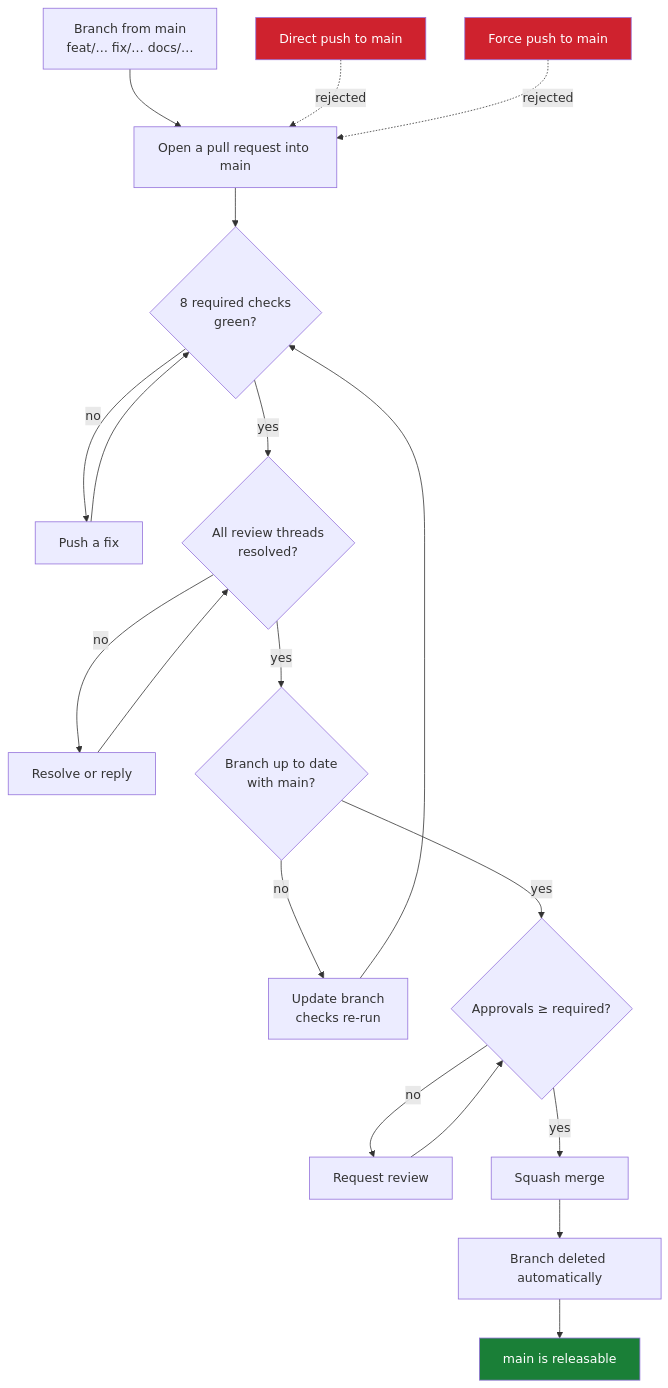
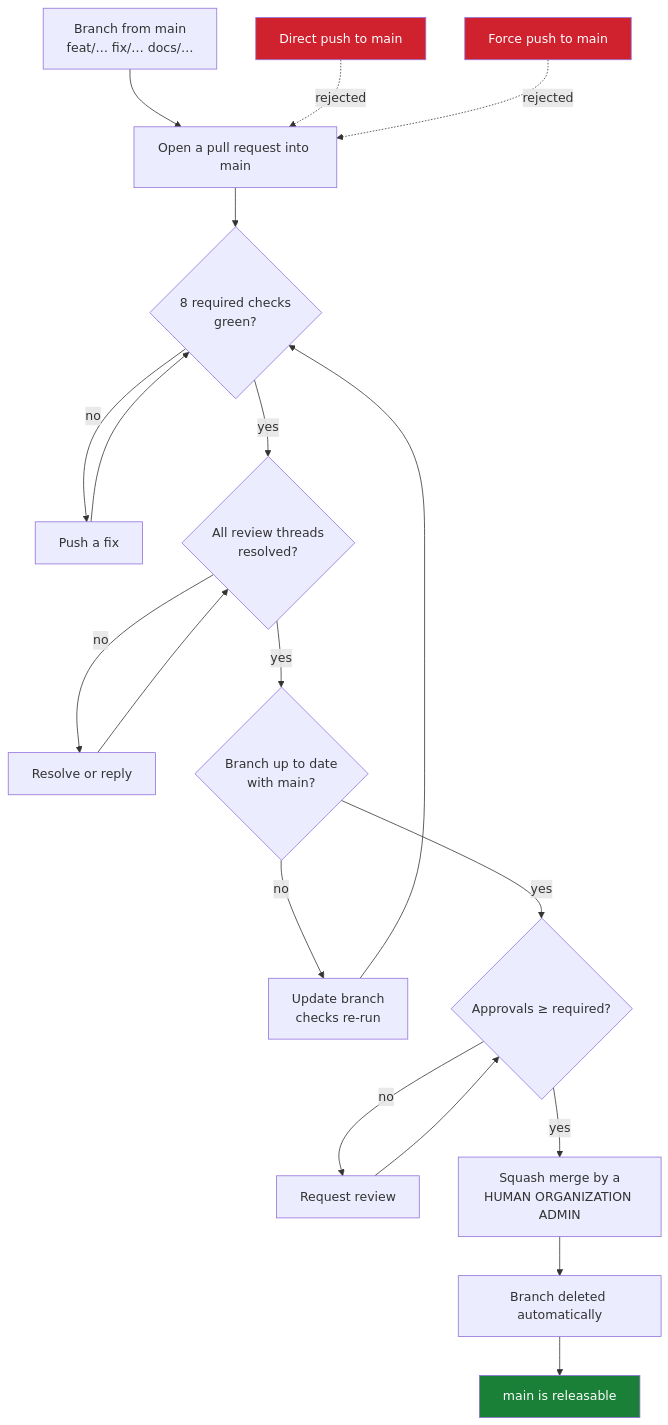
The diagram in docs/REPOSITORY_GOVERNANCE.md (Trustvian/trustvian), drawn with Mermaid before and after one commit. The commit also changed other lines of this file and 4 other files, not shown here.

````diff
--- a/docs/REPOSITORY_GOVERNANCE.md
+++ b/docs/REPOSITORY_GOVERNANCE.md
@@ -74,22 +75,22 @@
 ```mermaid
 flowchart TD
     A["Branch from main<br/>feat/… fix/… docs/…"] --> B["Open a pull request into main"]
     B --> C{"8 required checks<br/>green?"}
     C -->|no| D["Push a fix"] --> C
     C -->|yes| E{"All review threads<br/>resolved?"}
     E -->|no| F["Resolve or reply"] --> E
     E -->|yes| G{"Branch up to date<br/>with main?"}
     G -->|no| H["Update branch<br/>checks re-run"] --> C
     G -->|yes| I{"Approvals ≥ required?"}
     I -->|no| J["Request review"] --> I
-    I -->|yes| K["Squash merge"]
+    I -->|yes| K["Squash merge by a<br/>HUMAN ORGANIZATION ADMIN"]
     K --> L["Branch deleted automatically"]
     L --> M["main is releasable"]
 
     N["Direct push to main"] -.->|rejected| B
     O["Force push to main"] -.->|rejected| B
 
     style M fill:#1a7f37,color:#fff
     style N fill:#cf222e,color:#fff
     style O fill:#cf222e,color:#fff
 ```
````
